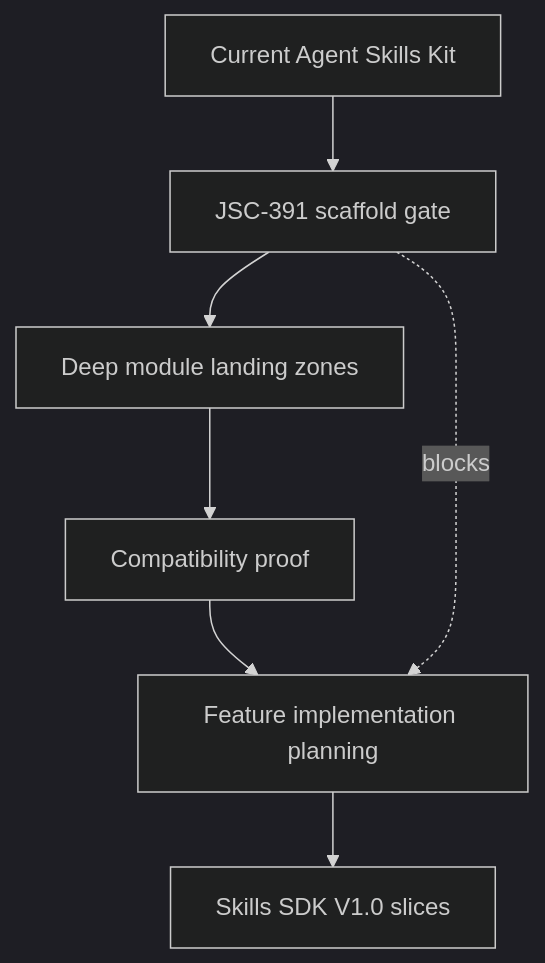
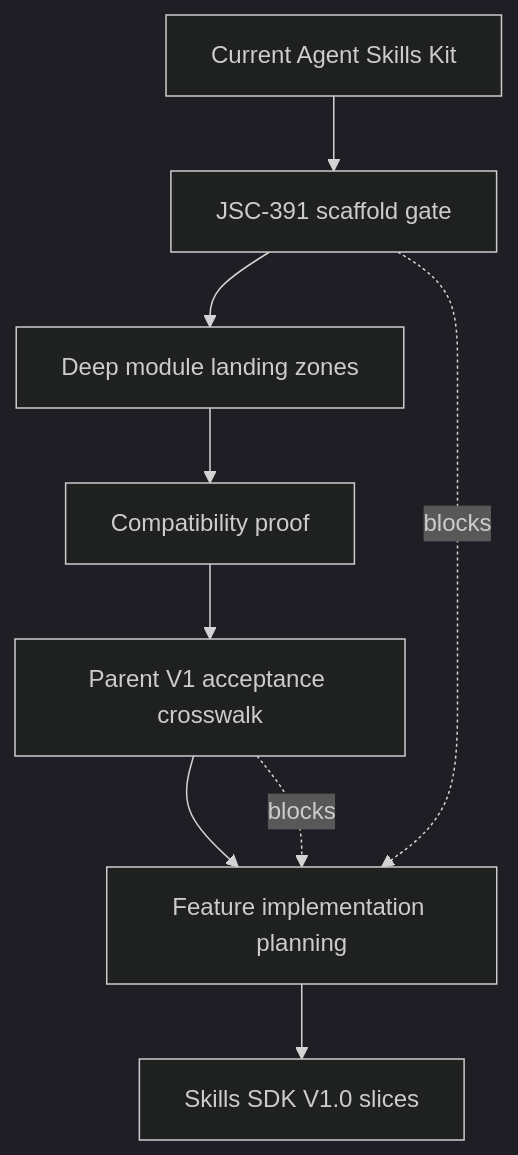
The diagram in .harness/specs/2026-06-03-jsc-391-agent-first-skills-sdk-scaffold-refactor-spec.md (jscraik/Agent-Skills), drawn with Mermaid (dark theme) before and after one commit. The commit also changed other lines of this file and 18 other files, not shown here.

````diff
--- a/.harness/specs/2026-06-03-jsc-391-agent-first-skills-sdk-scaffold-refactor-spec.md
+++ b/.harness/specs/2026-06-03-jsc-391-agent-first-skills-sdk-scaffold-refactor-spec.md
@@ -491,9 +522,11 @@
 ```mermaid
 flowchart TD
   A["Current Agent Skills Kit"] --> B["JSC-391 scaffold gate"]
   B --> C["Deep module landing zones"]
   C --> D["Compatibility proof"]
-  D --> E["Feature implementation planning"]
+  D --> X["Parent V1 acceptance crosswalk"]
+  X --> E["Feature implementation planning"]
   E --> F["Skills SDK V1.0 slices"]
   B -. "blocks" .-> E
+  X -. "blocks" .-> E
 ```
````
